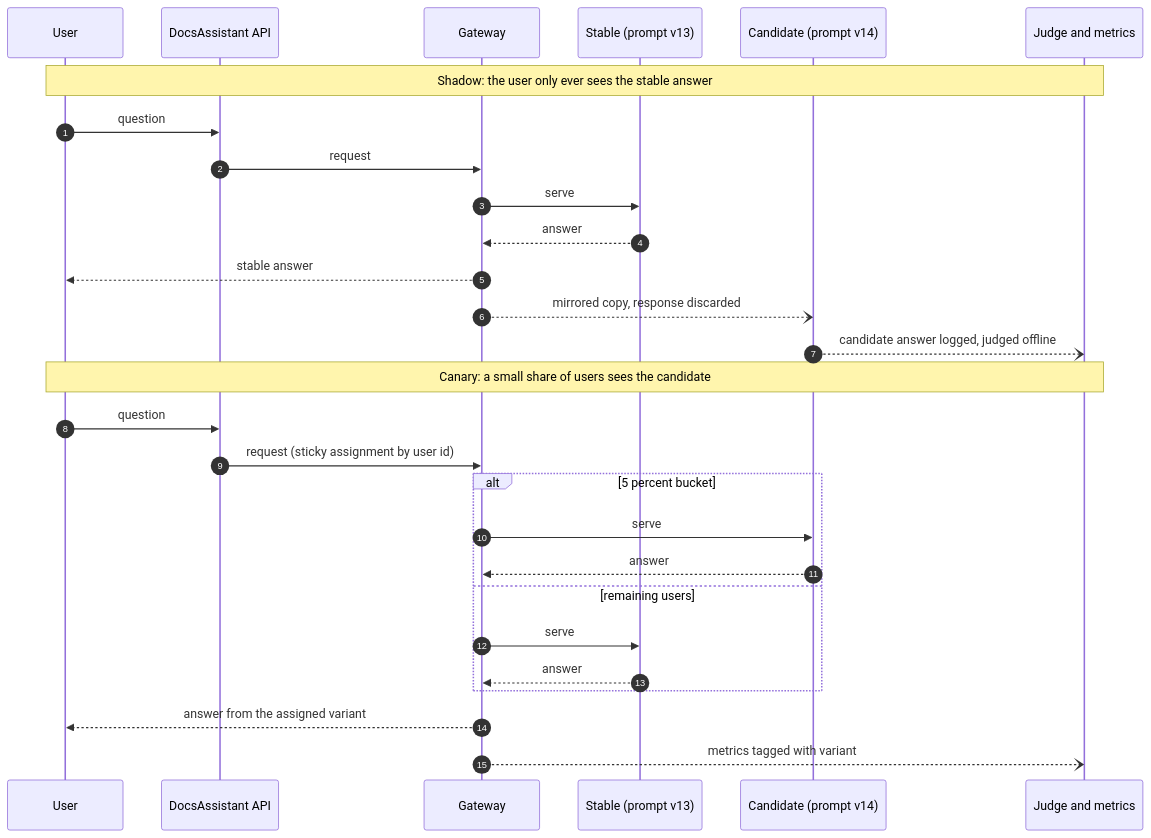
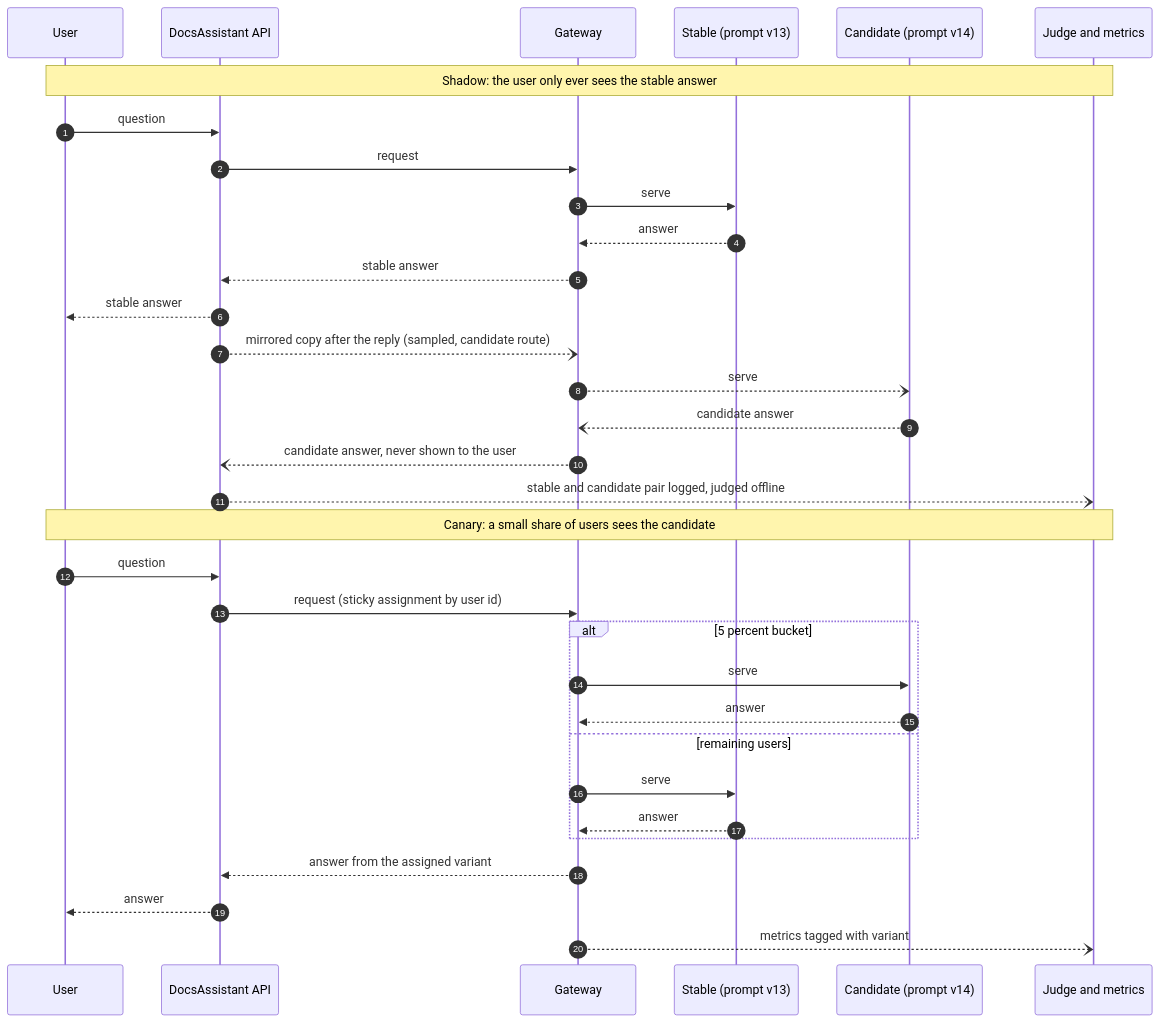
One commit to albertoirurueta/docs changed the diagram in modules/ROOT/pages/ai/llmops/deployment-and-release-patterns.adoc. Above: the diagram before and after it, drawn with Mermaid. The commit also changed other lines of this file and 16 other files, not shown here.

```diff
--- a/modules/ROOT/pages/ai/llmops/deployment-and-release-patterns.adoc
+++ b/modules/ROOT/pages/ai/llmops/deployment-and-release-patterns.adoc
@@ -183,33 +183,38 @@
 [mermaid]
 ....
 sequenceDiagram
   autonumber
   participant U as User
   participant API as DocsAssistant API
   participant GW as Gateway
   participant S as Stable (prompt v13)
   participant C as Candidate (prompt v14)
   participant J as Judge and metrics
 
   Note over U,J: Shadow: the user only ever sees the stable answer
   U->>API: question
   API->>GW: request
   GW->>S: serve
   S-->>GW: answer
-  GW-->>U: stable answer
-  GW--)C: mirrored copy, response discarded
-  C--)J: candidate answer logged, judged offline
+  GW-->>API: stable answer
+  API-->>U: stable answer
+  API--)GW: mirrored copy after the reply (sampled, candidate route)
+  GW--)C: serve
+  C--)GW: candidate answer
+  GW--)API: candidate answer, never shown to the user
+  API--)J: stable and candidate pair logged, judged offline
 
   Note over U,J: Canary: a small share of users sees the candidate
   U->>API: question
   API->>GW: request (sticky assignment by user id)
   alt 5 percent bucket
     GW->>C: serve
     C-->>GW: answer
   else remaining users
     GW->>S: serve
     S-->>GW: answer
   end
-  GW-->>U: answer from the assigned variant
+  GW-->>API: answer from the assigned variant
+  API-->>U: answer
   GW--)J: metrics tagged with variant
 ....
```
